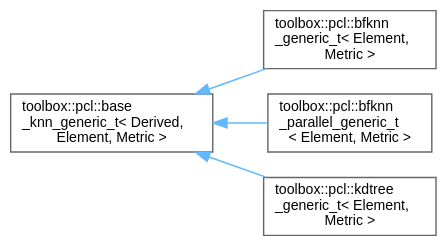
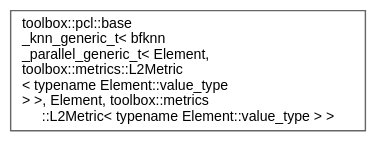
One commit to nerdneilsfield/cpp-toolbox changed the diagram in inherit_graph_101.dot. Above: the diagram before and after it, drawn with Graphviz. The commit also changed 250 other files, not shown here.

```diff
--- a/inherit_graph_101.dot
+++ b/inherit_graph_101.dot
@@ -1,15 +1,9 @@
 digraph "Graphical Class Hierarchy"
 {
  // LATEX_PDF_SIZE
   bgcolor="transparent";
   edge [fontname=Helvetica,fontsize=10,labelfontname=Helvetica,labelfontsize=10];
   node [fontname=Helvetica,fontsize=10,shape=box,height=0.2,width=0.4];
   rankdir="LR";
-  Node0 [id="Node000000",label="toolbox::pcl::base\l_knn_generic_t\< Derived,\l Element, Metric \>",height=0.2,width=0.4,color="grey40", fillcolor="white", style="filled",URL="$classtoolbox_1_1pcl_1_1base__knn__generic__t.html",tooltip="KNN算法的基类（CRTP模式） / Base class for KNN algorithms (CRTP pattern)"];
-  Node0 -> Node1 [id="edge91_Node000000_Node000001",dir="back",color="steelblue1",style="solid",tooltip=" "];
-  Node1 [id="Node000001",label="toolbox::pcl::bfknn\l_generic_t\< Element,\l Metric \>",height=0.2,width=0.4,color="grey40", fillcolor="white", style="filled",URL="$classtoolbox_1_1pcl_1_1bfknn__generic__t.html",tooltip="暴力K近邻搜索算法的通用实现 / Generic brute-force K-nearest neighbors search implementation"];
-  Node0 -> Node2 [id="edge92_Node000000_Node000002",dir="back",color="steelblue1",style="solid",tooltip=" "];
-  Node2 [id="Node000002",label="toolbox::pcl::bfknn\l_parallel_generic_t\l\< Element, Metric \>",height=0.2,width=0.4,color="grey40", fillcolor="white", style="filled",URL="$classtoolbox_1_1pcl_1_1bfknn__parallel__generic__t.html",tooltip=" "];
-  Node0 -> Node3 [id="edge93_Node000000_Node000003",dir="back",color="steelblue1",style="solid",tooltip=" "];
-  Node3 [id="Node000003",label="toolbox::pcl::kdtree\l_generic_t\< Element,\l Metric \>",height=0.2,width=0.4,color="grey40", fillcolor="white", style="filled",URL="$classtoolbox_1_1pcl_1_1kdtree__generic__t.html",tooltip=" "];
+  Node0 [id="Node000000",label="toolbox::pcl::base\l_knn_generic_t\< bfknn\l_parallel_generic_t\< Element,\l toolbox::metrics::L2Metric\l\< typename Element::value_type\l \> \>, Element, toolbox::metrics\l::L2Metric\< typename Element::value_type \> \>",height=0.2,width=0.4,color="grey40", fillcolor="white", style="filled",URL="$classtoolbox_1_1pcl_1_1base__knn__generic__t.html",tooltip=" "];
 }
```
